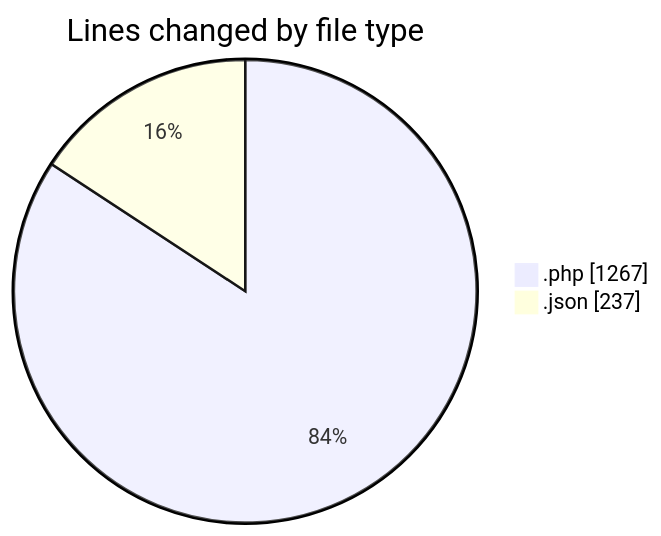
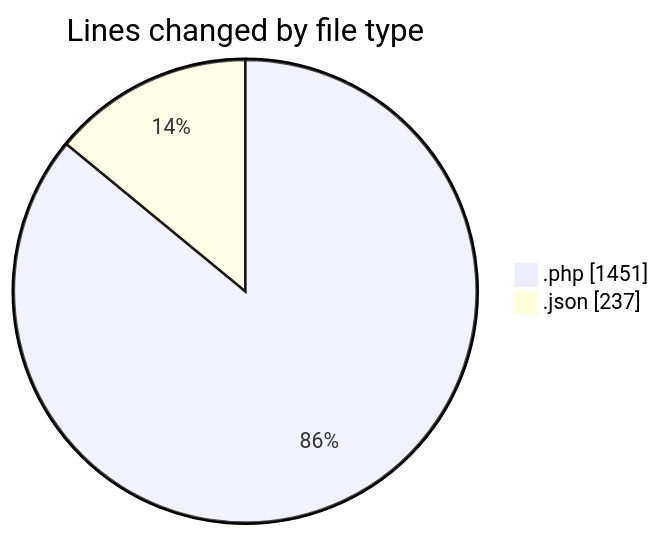
The first of 2 diagrams in 2025-05-28/studio-backend/README.md (idhammustaqopulfikri/code-tracking), drawn with Mermaid before and after one commit. The commit also changed other lines of this file and 1 other file, not shown here.

````diff
--- a/2025-05-28/studio-backend/README.md
+++ b/2025-05-28/studio-backend/README.md
@@ -40,6 +42,6 @@
 ```mermaid
 pie showData
 title Lines changed by file type
-".php" : 1267
+".php" : 1451
 ".json" : 237
 ```
````
